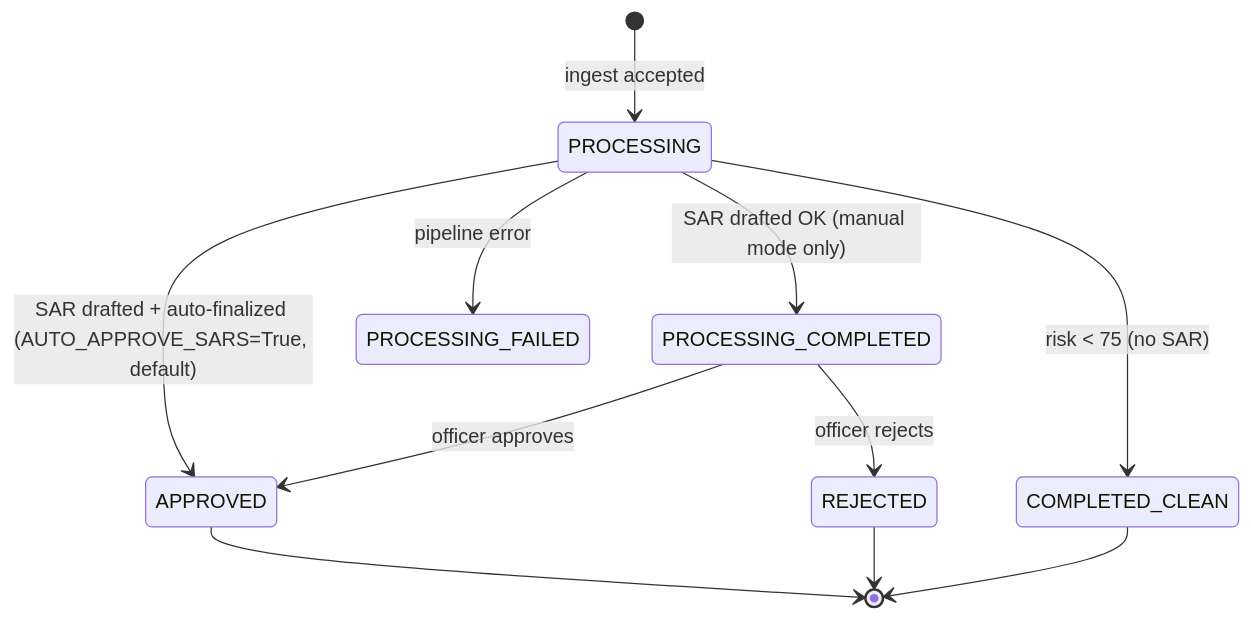
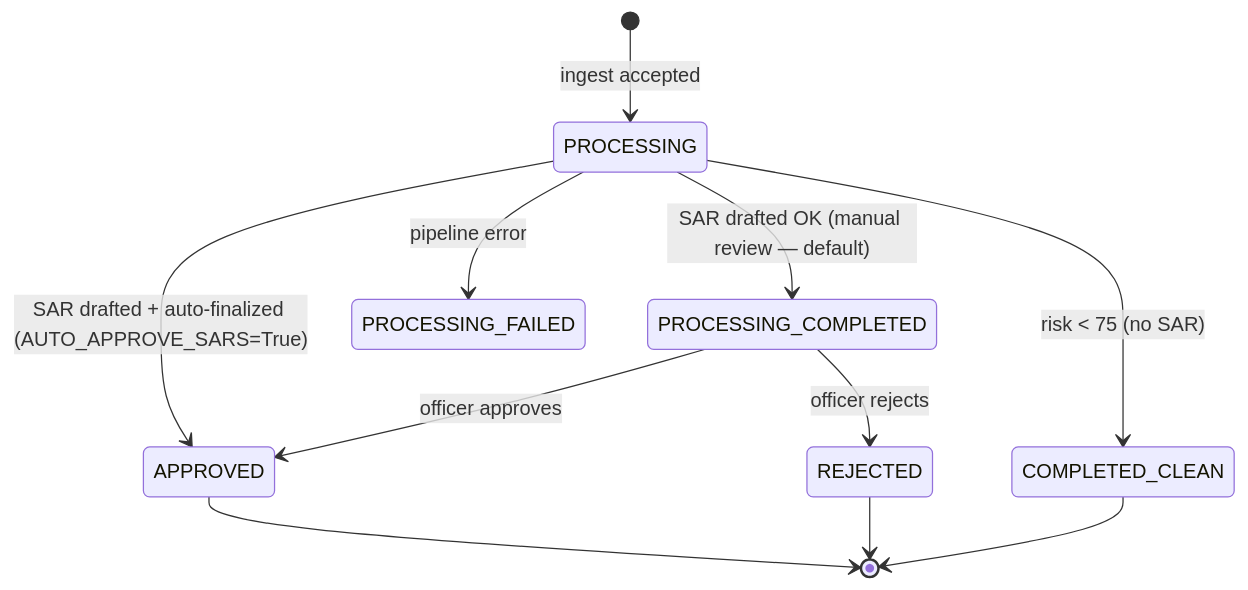
One commit to Nikhilkarur/sar-rag_v1 changed the fifth of 11 diagrams in AEGIS_KNOWLEDGE_BASE.md. Above: the diagram before and after it, drawn with Mermaid. The commit also changed other lines of this file and 11 other files, not shown here.

````diff
--- a/AEGIS_KNOWLEDGE_BASE.md
+++ b/AEGIS_KNOWLEDGE_BASE.md
@@ -316,13 +317,13 @@
 ```mermaid
 stateDiagram-v2
     [*] --> PROCESSING: ingest accepted
     PROCESSING --> COMPLETED_CLEAN: risk < 75 (no SAR)
-    PROCESSING --> APPROVED: SAR drafted + auto-finalized (AUTO_APPROVE_SARS=True, default)
-    PROCESSING --> PROCESSING_COMPLETED: SAR drafted OK (manual mode only)
+    PROCESSING --> PROCESSING_COMPLETED: SAR drafted OK (manual review — default)
+    PROCESSING --> APPROVED: SAR drafted + auto-finalized (AUTO_APPROVE_SARS=True)
     PROCESSING --> PROCESSING_FAILED: pipeline error
     PROCESSING_COMPLETED --> APPROVED: officer approves
     PROCESSING_COMPLETED --> REJECTED: officer rejects
     APPROVED --> [*]
     REJECTED --> [*]
     COMPLETED_CLEAN --> [*]
 ```
````
